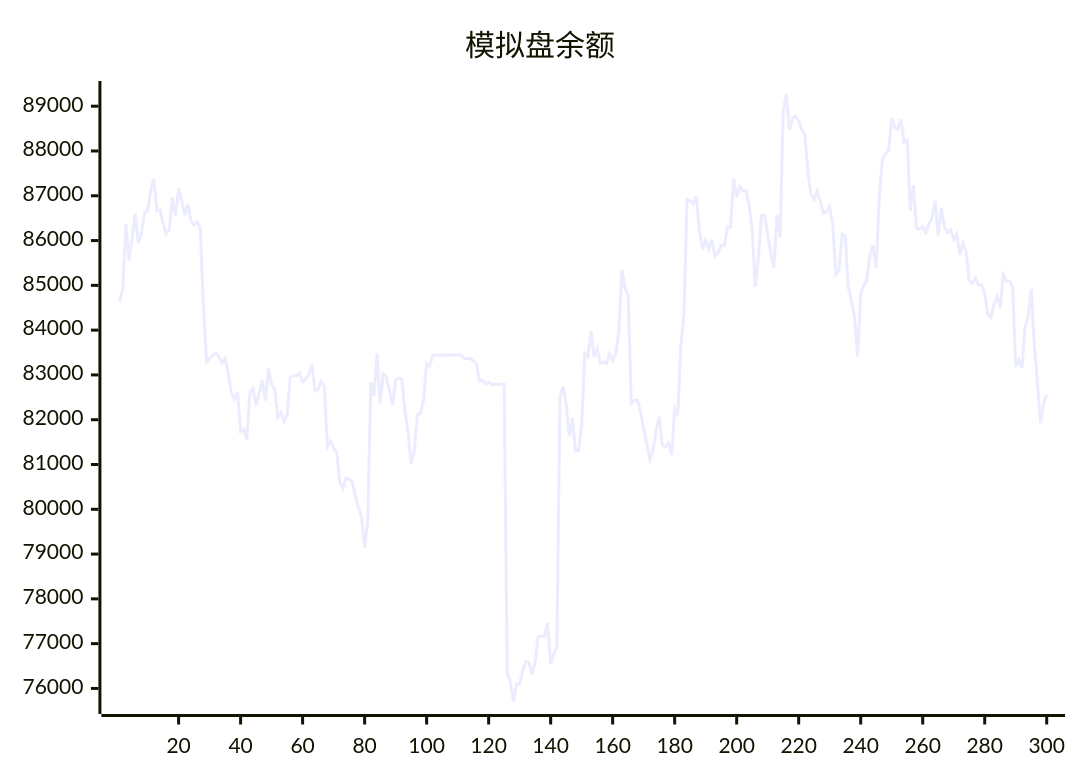
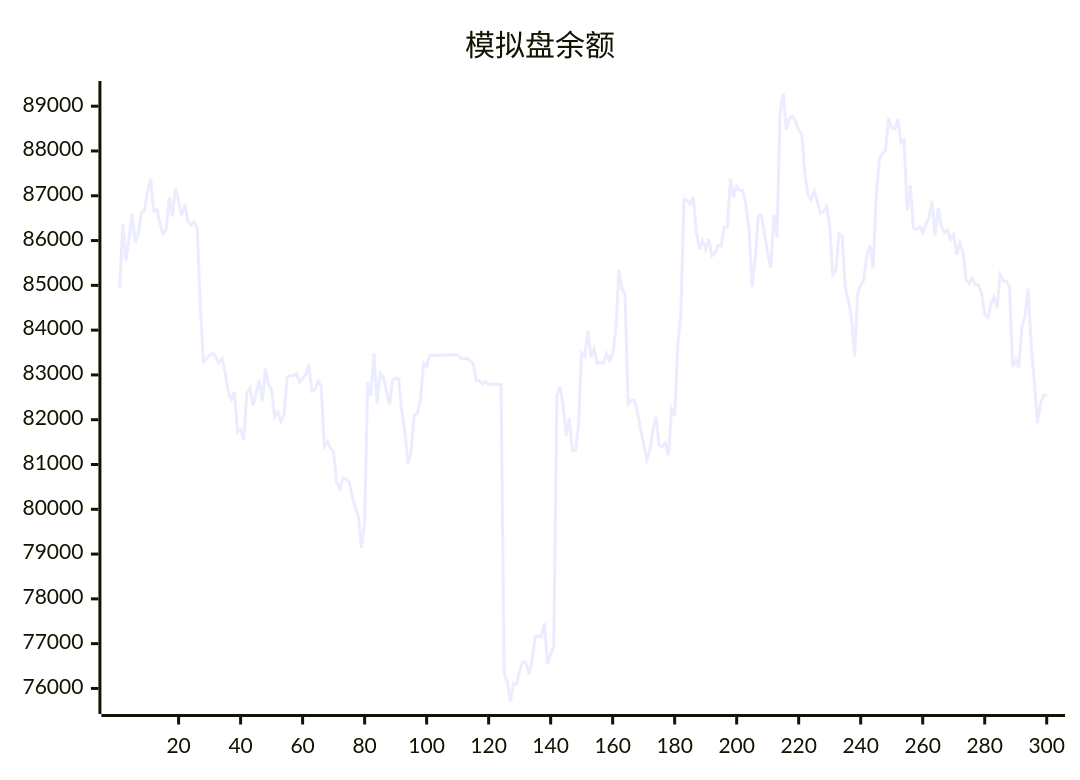
One commit to aahl/ai-trading changed the diagram in README.md. Above: the diagram before and after it, drawn with Mermaid. The commit also changed other lines of this file and 1 other file, not shown here.

````diff
--- a/README.md
+++ b/README.md
@@ -5,5 +5,5 @@
 ```mermaid
 xychart
     title "模拟盘余额"
-    line [84639,84939,86370,85548,86046,86599,85942,86161,86622,86664,87115,87369,86666,86685,86384,86152,86243,86969,86548,87164,86885,86566,86809,86427,86348,86417,86273,84538,83299,83369,83430,83490,83404,83270,83362,83056,82605,82459,82614,81734,81788,81551,82598,82702,82320,82580,82878,82426,83139,82778,82686,82056,82166,81963,82110,82951,82983,82984,83038,82838,82915,82998,83235,82642,82682,82858,82746,81396,81512,81362,81277,80600,80461,80699,80673,80616,80288,80038,79836,79142,79722,82837,82533,83480,82366,83032,82960,82654,82330,82883,82934,82901,82188,81728,81005,81298,82110,82135,82449,83264,83203,83440,83439,83440,83440,83446,83447,83448,83447,83448,83449,83369,83369,83369,83313,83256,82872,82873,82801,82844,82785,82791,82791,82793,82794,76339,76145,75714,76110,76096,76397,76594,76585,76310,76607,77160,77170,77160,77456,76541,76774,76927,82520,82744,82337,81639,82040,81307,81314,81887,83490,83414,83984,83396,83594,83261,83287,83253,83470,83327,83465,83987,85348,84930,84786,82355,82433,82438,82167,81795,81466,81105,81315,81756,82064,81426,81398,81481,81210,82242,82099,83658,84359,86925,86892,86814,86980,86203,85802,86003,85811,86028,85657,85721,85896,85880,86300,86299,87378,86965,87214,87115,87118,86780,86238,84966,85623,86555,86562,86129,85722,85387,86569,86070,88870,89278,88477,88720,88781,88668,88467,88372,87493,87018,86917,87102,86870,86613,86644,86758,86317,85242,85334,86149,86106,84968,84671,84302,83410,84816,85001,85127,85693,85891,85384,87001,87811,87945,88007,88734,88528,88495,88705,88189,88248,86662,87234,86279,86251,86314,86177,86364,86503,86886,86114,86731,86310,86176,86240,86017,86136,85685,85938,85749,85111,85044,85164,85016,85008,84824,84354,84287,84572,84745,84500,85234,85096,85095,84970,83180,83338,83157,84070,84309,84922,83667,82850,81924,82369,82552]
+    line [84939,86370,85548,86046,86599,85942,86161,86622,86664,87115,87369,86666,86685,86384,86152,86243,86969,86548,87164,86885,86566,86809,86427,86348,86417,86273,84538,83299,83369,83430,83490,83404,83270,83362,83056,82605,82459,82614,81734,81788,81551,82598,82702,82320,82580,82878,82426,83139,82778,82686,82056,82166,81963,82110,82951,82983,82984,83038,82838,82915,82998,83235,82642,82682,82858,82746,81396,81512,81362,81277,80600,80461,80699,80673,80616,80288,80038,79836,79142,79722,82837,82533,83480,82366,83032,82960,82654,82330,82883,82934,82901,82188,81728,81005,81298,82110,82135,82449,83264,83203,83440,83439,83440,83440,83446,83447,83448,83447,83448,83449,83369,83369,83369,83313,83256,82872,82873,82801,82844,82785,82791,82791,82793,82794,76339,76145,75714,76110,76096,76397,76594,76585,76310,76607,77160,77170,77160,77456,76541,76774,76927,82520,82744,82337,81639,82040,81307,81314,81887,83490,83414,83984,83396,83594,83261,83287,83253,83470,83327,83465,83987,85348,84930,84786,82355,82433,82438,82167,81795,81466,81105,81315,81756,82064,81426,81398,81481,81210,82242,82099,83658,84359,86925,86892,86814,86980,86203,85802,86003,85811,86028,85657,85721,85896,85880,86300,86299,87378,86965,87214,87115,87118,86780,86238,84966,85623,86555,86562,86129,85722,85387,86569,86070,88870,89278,88477,88720,88781,88668,88467,88372,87493,87018,86917,87102,86870,86613,86644,86758,86317,85242,85334,86149,86106,84968,84671,84302,83410,84816,85001,85127,85693,85891,85384,87001,87811,87945,88007,88734,88528,88495,88705,88189,88248,86662,87234,86279,86251,86314,86177,86364,86503,86886,86114,86731,86310,86176,86240,86017,86136,85685,85938,85749,85111,85044,85164,85016,85008,84824,84354,84287,84572,84745,84500,85234,85096,85095,84970,83180,83338,83157,84070,84309,84922,83667,82850,81924,82369,82552,82539]
 ```
````
